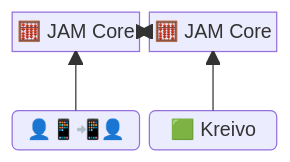
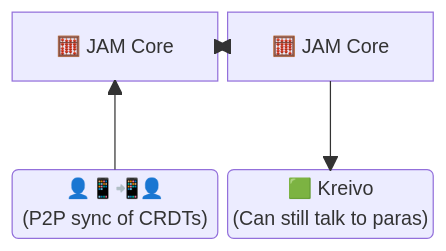
One commit to olanod/slides changed the first of 3 diagrams in kunekt/kunekt.md. Above: the diagram before and after it, drawn with Mermaid. The commit also changed other lines of this file and 3 other files, not shown here.

````diff
--- a/kunekt/kunekt.md
+++ b/kunekt/kunekt.md
@@ -111,14 +121,14 @@
 ```mermaid +render
 block
 columns 2
   core1["🧮 JAM Core"]
   core2["🧮 JAM Core"]
   space
   space
-  user("👤📱📲👤")
-  para("🟩 Kreivo")
+  user("👤📱📲👤\n(P2P sync of CRDTs)")
+  para("🟩 Kreivo\n(Can still talk to paras)")
 
   user --> core1
-  para --> core2
+  core2 --> para
   core1 <--> core2
 ```
````
